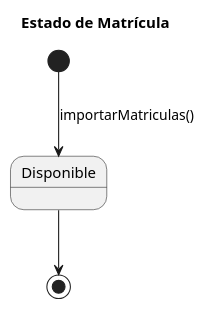
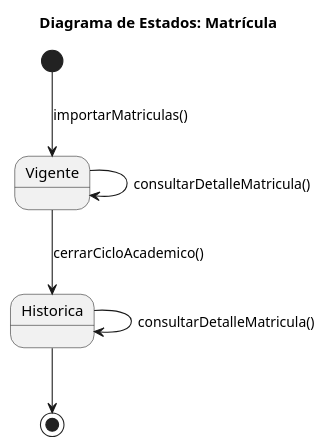
One commit to enmabry/25-26-IdSw1-SdR changed the diagram in documents/ModeloDelDominio/DiagramasDeEstado/Matricula/Matricula.puml. Above: the diagram before and after it, drawn with PlantUML. The commit also changed 22 other files, not shown here.

```diff
--- a/documents/ModeloDelDominio/DiagramasDeEstado/Matricula/Matricula.puml
+++ b/documents/ModeloDelDominio/DiagramasDeEstado/Matricula/Matricula.puml
@@ -1,7 +1,14 @@
 @startuml EstadoMatricula
-title Estado de Matrícula
+skinparam style strictuml
+title Diagrama de Estados: Matrícula
 
-[*] --> Disponible : importarMatriculas()
+[*] --> Vigente : importarMatriculas()
 
-Disponible --> [*]
+
+Vigente --> Historica : cerrarCicloAcademico()
+
+Vigente --> Vigente : consultarDetalleMatricula()
+Historica --> Historica : consultarDetalleMatricula()
+
+Historica --> [*]
 @enduml
```
